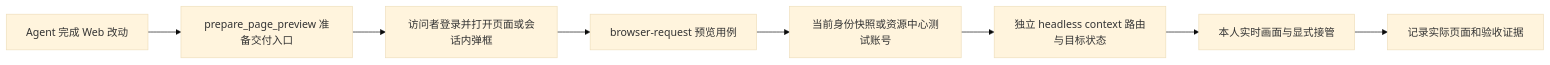
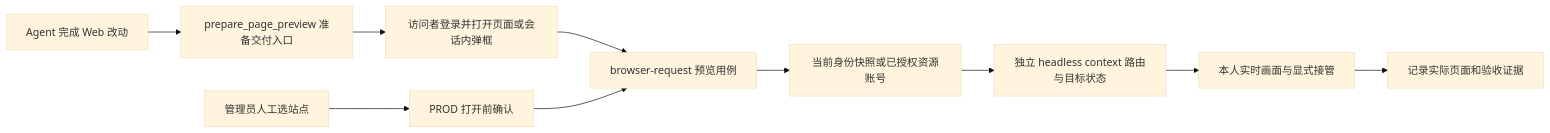
One commit to exception-coder/kai-toolbox changed diagram 27 of 31 in docs/ai-coding-architecture.md. Above: the diagram before and after it, drawn with Mermaid (base theme). The commit also changed other lines of this file and 16 other files, not shown here.

````diff
--- a/docs/ai-coding-architecture.md
+++ b/docs/ai-coding-architecture.md
@@ -729,10 +729,11 @@
 ```mermaid
 flowchart LR
   A[Agent 完成 Web 改动] --> B[prepare_page_preview 准备交付入口]
   B --> C["访问者登录并打开页面或会话内弹框"]
   C --> D[browser-request 预览用例]
-  D --> E[当前身份快照或资源中心测试账号]
+  MANUAL["管理员人工选站点"] --> CONFIRM["PROD 打开前确认"] --> D
+  D --> E["当前身份快照或已授权资源账号"]
   E --> F[独立 headless context 路由与目标状态]
   F --> G[本人实时画面与显式接管]
   G --> H[记录实际页面和验收证据]
 ```
````
